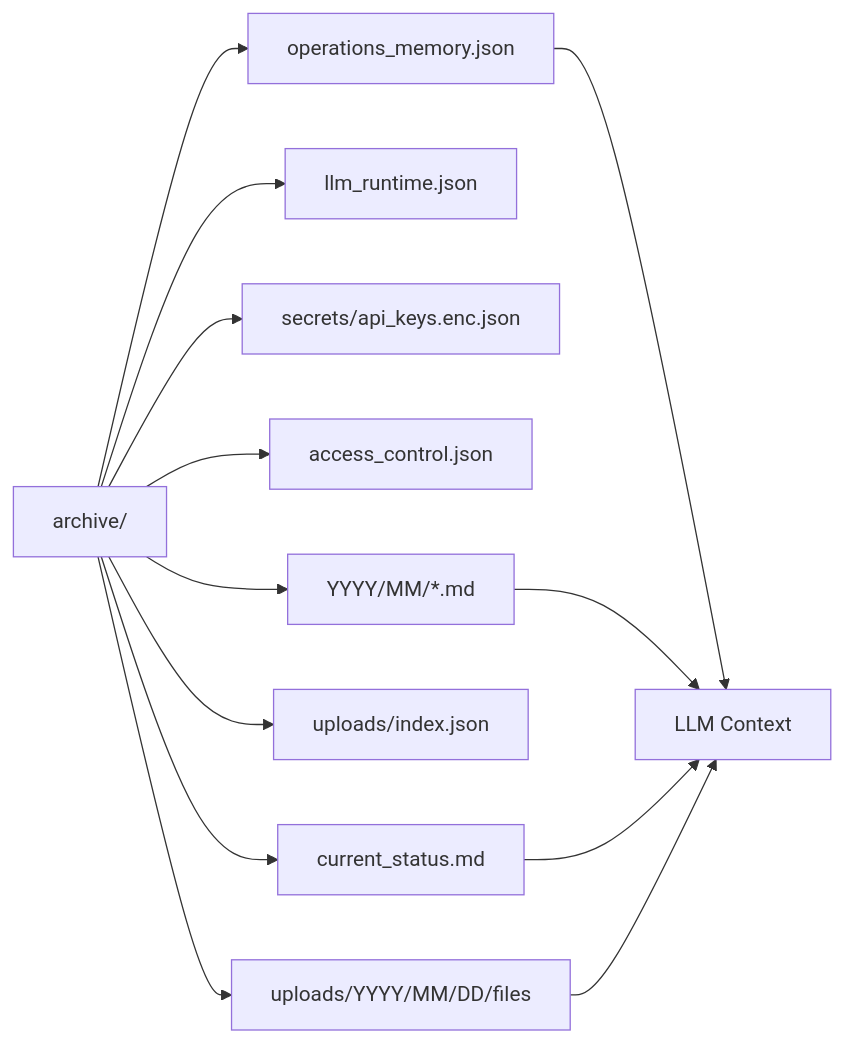
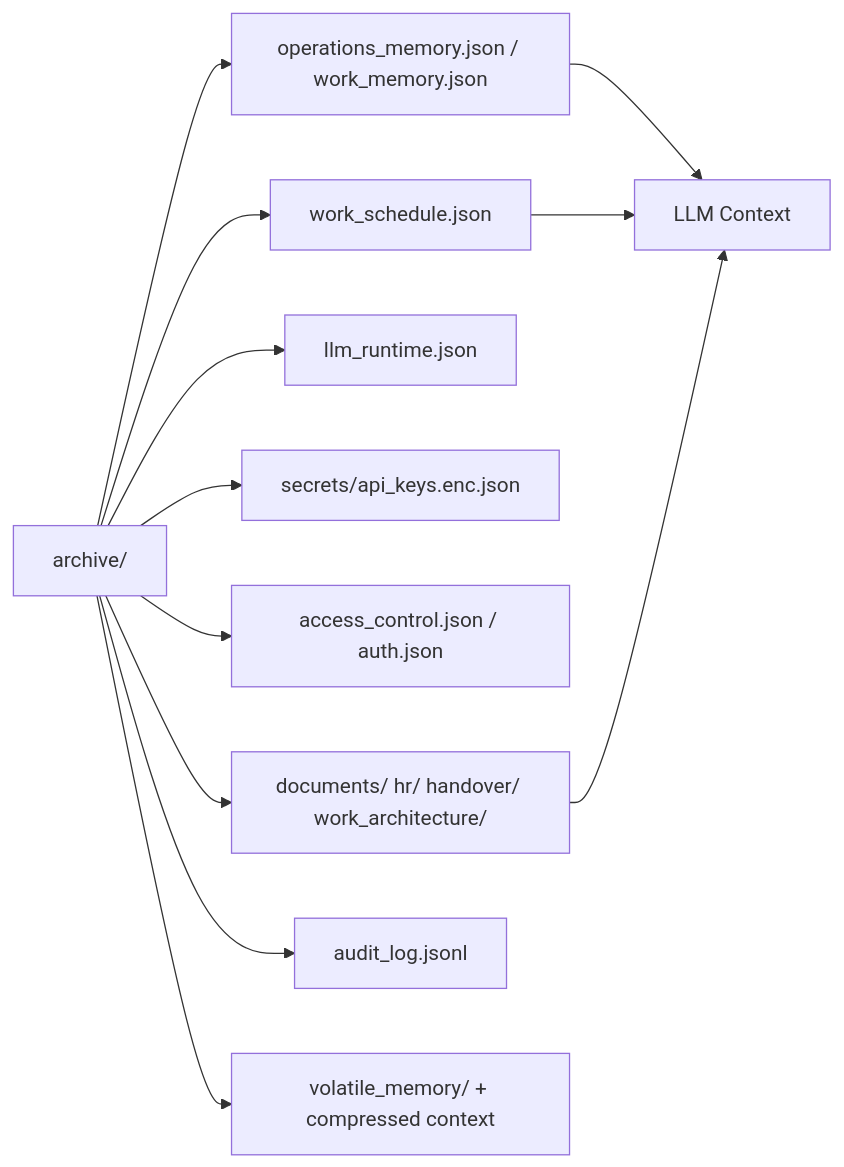
The fourth of 6 diagrams in docs/architecture.md (PatchMachine/Negotium), drawn with Mermaid before and after one commit. The commit also changed other lines of this file and 2 other files, not shown here.

````diff
--- a/docs/architecture.md
+++ b/docs/architecture.md
@@ -125,16 +69,15 @@
 ```mermaid
 flowchart LR
-  Archive["archive/"] --> Memory["operations_memory.json"]
+  Archive["archive/"] --> Memory["operations_memory.json / work_memory.json"]
+  Archive --> Schedule["work_schedule.json"]
   Archive --> Runtime["llm_runtime.json"]
   Archive --> Secrets["secrets/api_keys.enc.json"]
-  Archive --> ACL["access_control.json"]
-  Archive --> Uploads["uploads/YYYY/MM/DD/files"]
-  Archive --> UploadIndex["uploads/index.json"]
-  Archive --> Logs["YYYY/MM/*.md"]
-  Archive --> Status["current_status.md"]
+  Archive --> ACL["access_control.json / auth.json"]
+  Archive --> Docs["documents/ hr/ handover/ work_architecture/"]
+  Archive --> Audit["audit_log.jsonl"]
+  Archive --> Volatile["volatile_memory/ + compressed context"]
 
   Memory --> Context["LLM Context"]
-  Logs --> Context
-  Status --> Context
-  Uploads --> Context
+  Schedule --> Context
+  Docs --> Context
 ```
````
